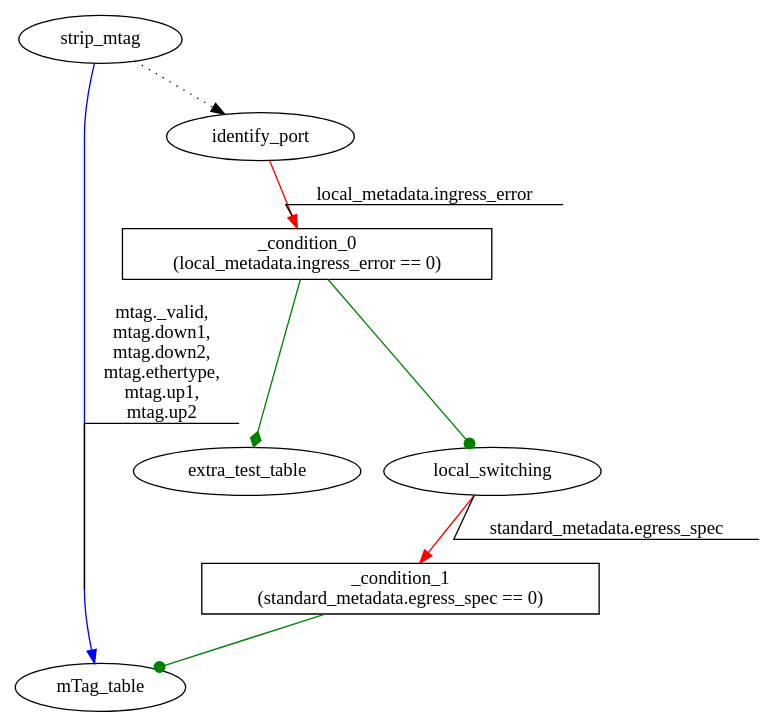
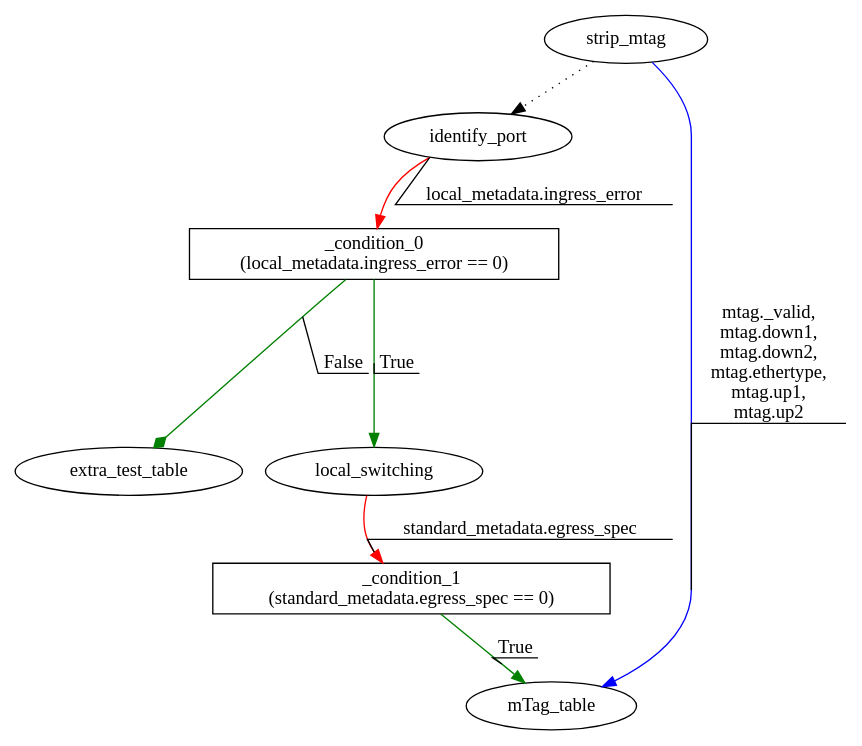
The diagram in v1.0.3/mtag/out3-extra-table-access/mtag-edge.ingress.tables_dep.dot (jafingerhut/p4lang-tests), drawn with Graphviz before and after one commit. The commit also changed 50 other files, not shown here.

Commit message:
Remove p4-graphs option --deps-skip-transitive-reduction and add --deps-show-all lease enter the commit message for your changes. Lines starting

```diff
--- a/v1.0.3/mtag/out3-extra-table-access/mtag-edge.ingress.tables_dep.dot
+++ b/v1.0.3/mtag/out3-extra-table-access/mtag-edge.ingress.tables_dep.dot
@@ -1,16 +1,21 @@
 digraph ingress {
-_condition_0 [shape=box label="_condition_0\n(local_metadata.ingress_error == 0)"];
-_condition_1 [shape=box label="_condition_1\n(standard_metadata.egress_spec == 0)"];
-_condition_0 -> extra_test_table [color=green label="" decorate=true arrowhead = diamond];
-_condition_0 -> local_switching [color=green label="" decorate=true arrowhead = dot];
-_condition_1 -> mTag_table [color=green label="" decorate=true arrowhead = dot];
-identify_port -> _condition_0 [color=red label="local_metadata.ingress_error" decorate=true];
-local_switching -> _condition_1 [color=red label="standard_metadata.egress_spec" decorate=true];
+_condition_0 [ shape=box label="_condition_0\n(local_metadata.ingress_error == 0)"];
+_condition_1 [ shape=box label="_condition_1\n(standard_metadata.egress_spec == 0)"];
+extra_test_table [ label="extra_test_table"];
+identify_port [ label="identify_port"];
+local_switching [ label="local_switching"];
+mTag_table [ label="mTag_table"];
+strip_mtag [ label="strip_mtag"];
+_condition_0 -> extra_test_table [color=green label="False" decorate=true  arrowhead = diamond];
+_condition_0 -> local_switching [color=green label="True" decorate=true ];
+_condition_1 -> mTag_table [color=green label="True" decorate=true ];
+identify_port -> _condition_0 [color=red label="local_metadata.ingress_error" decorate=true ];
+local_switching -> _condition_1 [color=red label="standard_metadata.egress_spec" decorate=true ];
 strip_mtag -> identify_port [style=dotted ];
 strip_mtag -> mTag_table [color=blue label="mtag._valid,
 mtag.down1,
 mtag.down2,
 mtag.ethertype,
 mtag.up1,
-mtag.up2" decorate=true];
+mtag.up2" decorate=true ];
 }
```
